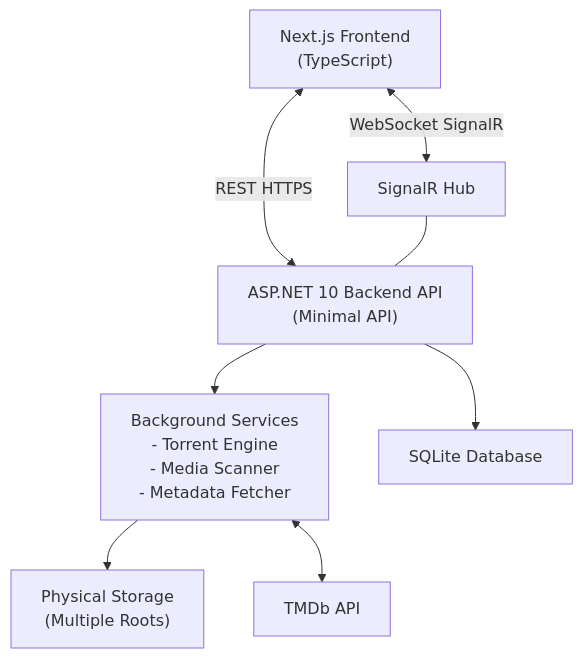
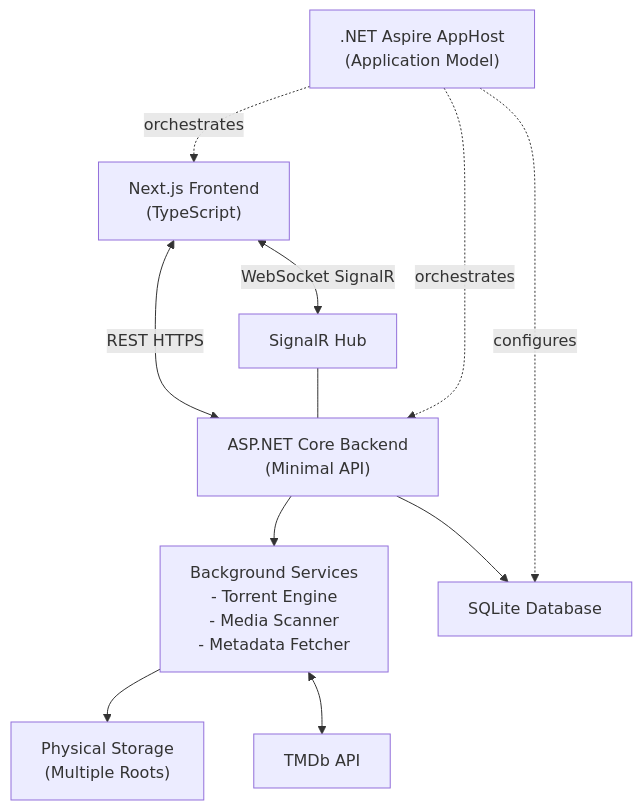
One commit to alex-de-haas/media-server changed the first of 2 diagrams in docs/specification.md. Above: the diagram before and after it, drawn with Mermaid. The commit also changed other lines of this file and 1 other file, not shown here.

Commit message:
Document Aspire-based deployment and testing guidelines

````diff
--- a/docs/specification.md
+++ b/docs/specification.md
@@ -12,18 +12,22 @@
 ```mermaid
 flowchart TB
+	AH[".NET Aspire AppHost<br/>(Application Model)"]
 	FE["Next.js Frontend<br/>(TypeScript)"]
-	BE["ASP.NET 10 Backend API<br/>(Minimal API)"]
+	BE["ASP.NET Core Backend<br/>(Minimal API)"]
 	SR["SignalR Hub"]
 	BG["Background Services<br/>- Torrent Engine<br/>- Media Scanner<br/>- Metadata Fetcher"]
 	DB["SQLite Database"]
 	ST["Physical Storage<br/>(Multiple Roots)"]
 	TMDB["TMDb API"]
 
+	AH -.orchestrates.-> FE
+	AH -.orchestrates.-> BE
+	AH -.configures.-> DB
 	FE <-->|REST HTTPS| BE
 	FE <-->|WebSocket SignalR| SR
 	SR --- BE
 	BE --> BG
 	BG --> ST
 	BE --> DB
 	BG <--> TMDB
 ```
````
